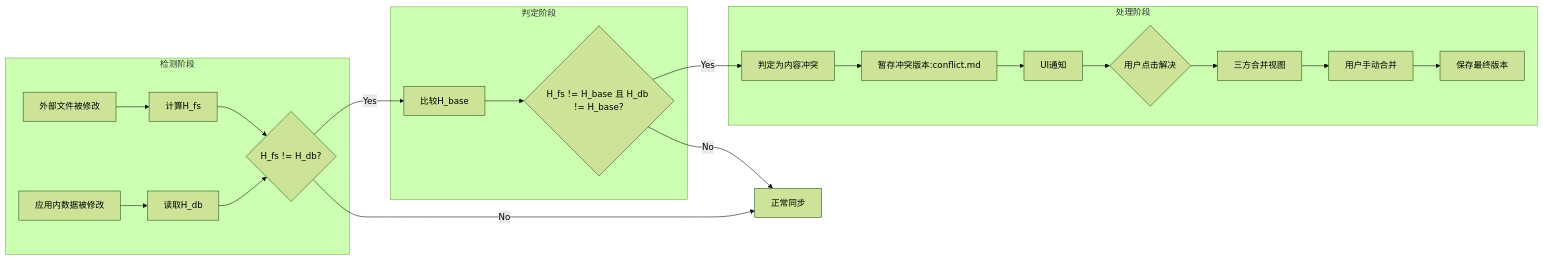
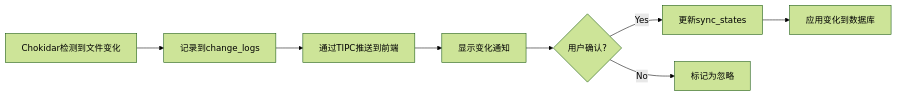
One commit to wibus-wee/ClarityFile changed the third of 6 diagrams in RFCs/RFC-001-Intelligent-File-Management-and-Bidirectional-Sync.md. Above: the diagram before and after it, drawn with Mermaid (forest theme). The commit also changed other lines of this file and 1 other file, not shown here.

Commit message:
feat(schema): update syncStates and changeLogs tables to enhance file synchronization tracking

````diff
--- a/RFCs/RFC-001-Intelligent-File-Management-and-Bidirectional-Sync.md
+++ b/RFCs/RFC-001-Intelligent-File-Management-and-Bidirectional-Sync.md
@@ -105,24 +104,10 @@
 ```mermaid
 graph LR
-    subgraph 检测阶段
-        A[外部文件被修改] --> C[计算H_fs]
-        B[应用内数据被修改] --> D[读取H_db]
-        C --> E{H_fs != H_db?}
-        D --> E
-    end
-    subgraph 判定阶段
-        E -- Yes --> F[比较H_base]
-        F --> G{H_fs != H_base 且 H_db != H_base?}
-    end
-    subgraph 处理阶段
-        G -- Yes --> H[判定为内容冲突]
-        H --> I[暂存冲突版本:conflict.md]
-        I --> J[UI通知]
-        J --> K{用户点击解决}
-        K --> L[三方合并视图]
-        L --> M[用户手动合并]
-        M --> N[保存最终版本]
-    end
-    E -- No --> Z[正常同步]
-    G -- No --> Z
+    A[Chokidar检测到文件变化] --> B[记录到change_logs]
+    B --> C[通过TIPC推送到前端]
+    C --> D[显示变化通知]
+    D --> E{用户确认?}
+    E -- Yes --> F[更新sync_states]
+    F --> G[应用变化到数据库]
+    E -- No --> H[标记为忽略]
 ```
````
